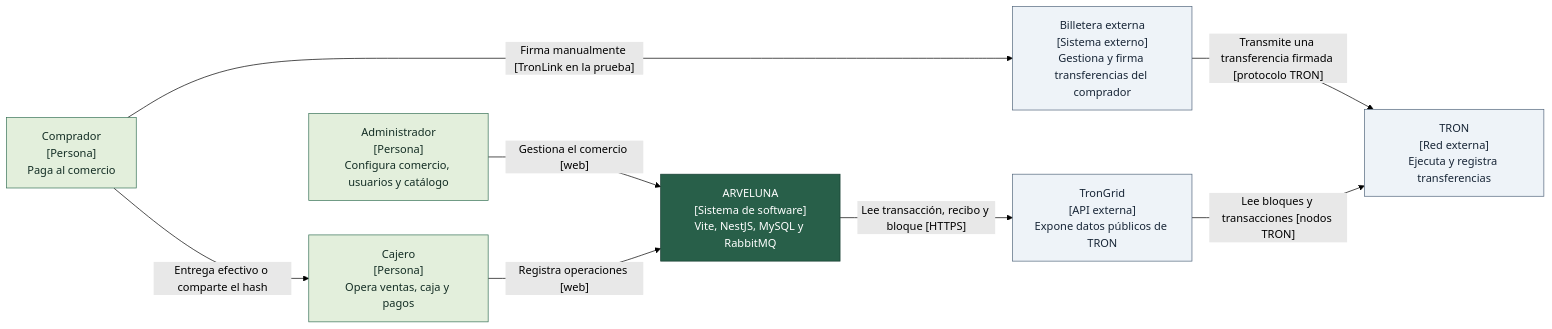
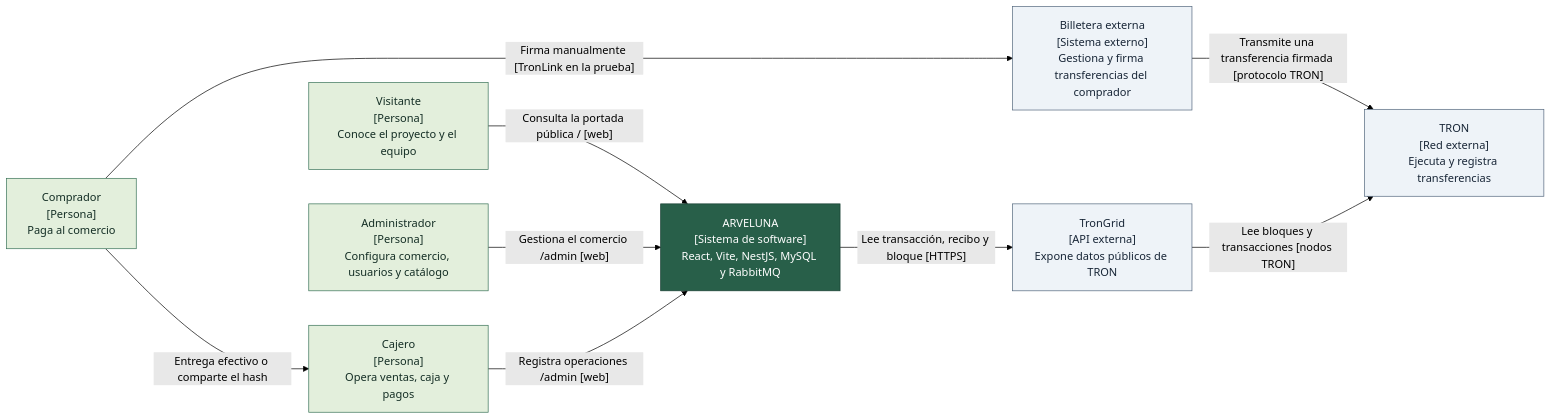
One commit to RS04a/ervanula changed the diagram in docs/full-app/C4-contexto.md. Above: the diagram before and after it, drawn with Mermaid (forest theme). The commit also changed 40 other files, not shown here.

````diff
--- a/docs/full-app/C4-contexto.md
+++ b/docs/full-app/C4-contexto.md
@@ -5,23 +5,25 @@
 ```mermaid
 flowchart LR
+  V["Visitante<br/>[Persona]<br/>Conoce el proyecto y el equipo"]
   A["Administrador<br/>[Persona]<br/>Configura comercio, usuarios y catálogo"]
   C["Cajero<br/>[Persona]<br/>Opera ventas, caja y pagos"]
   B["Comprador<br/>[Persona]<br/>Paga al comercio"]
-  S["ARVELUNA<br/>[Sistema de software]<br/>Vite, NestJS, MySQL y RabbitMQ"]
+  S["ARVELUNA<br/>[Sistema de software]<br/>React, Vite, NestJS, MySQL y RabbitMQ"]
   W["Billetera externa<br/>[Sistema externo]<br/>Gestiona y firma transferencias del comprador"]
   T["TRON<br/>[Red externa]<br/>Ejecuta y registra transferencias"]
   G["TronGrid<br/>[API externa]<br/>Expone datos públicos de TRON"]
-  A -->|"Gestiona el comercio [web]"| S
-  C -->|"Registra operaciones [web]"| S
+  V -->|"Consulta la portada pública / [web]"| S
+  A -->|"Gestiona el comercio /admin [web]"| S
+  C -->|"Registra operaciones /admin [web]"| S
   B -->|"Entrega efectivo o comparte el hash"| C
   B -->|"Firma manualmente [TronLink en la prueba]"| W
   W -->|"Transmite una transferencia firmada [protocolo TRON]"| T
   S -->|"Lee transacción, recibo y bloque [HTTPS]"| G
   G -->|"Lee bloques y transacciones [nodos TRON]"| T
   classDef person fill:#e3efdc,stroke:#387257,color:#142e25
   classDef system fill:#285f49,stroke:#163d31,color:#fff
   classDef external fill:#eef3f8,stroke:#53677d,color:#182637
-  class A,C,B person
+  class V,A,C,B person
   class S system
   class W,T,G external
 ```
````
